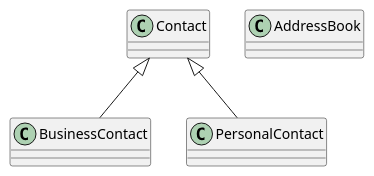
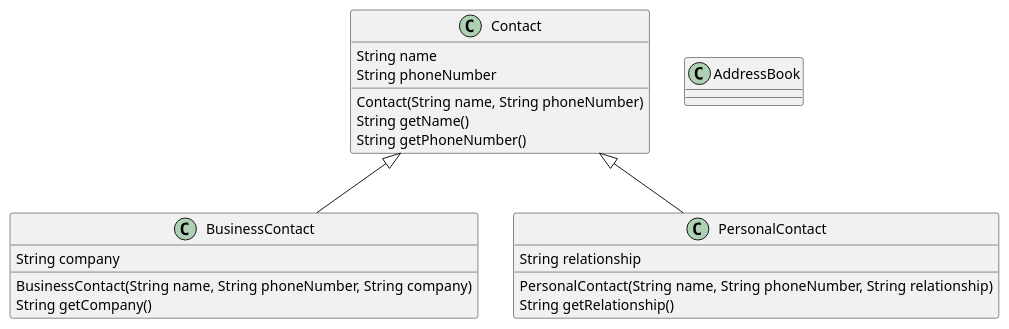
The diagram in src/Quiz/WeeklyQuiz/DataStructures/ContactUML.puml (yoonjong-j/Java-Study), drawn with PlantUML before and after one commit. The commit also changed 3 other files, not shown here.

Commit message:
UML 수정 / 코드 수정

```diff
--- a/src/Quiz/WeeklyQuiz/DataStructures/ContactUML.puml
+++ b/src/Quiz/WeeklyQuiz/DataStructures/ContactUML.puml
@@ -1,8 +1,22 @@
 @startuml
 
-class Contact
-class BusinessContact extends Contact
-class PersonalContact extends Contact
+class Contact {
+    String name
+    String phoneNumber
+    Contact(String name, String phoneNumber)
+    String getName()
+    String getPhoneNumber()
+}
+class BusinessContact extends Contact {
+    String company
+    BusinessContact(String name, String phoneNumber, String company)
+    String getCompany()
+}
+class PersonalContact extends Contact {
+    String relationship
+    PersonalContact(String name, String phoneNumber, String relationship)
+    String getRelationship()
+}
 class AddressBook
 
 @enduml
```
